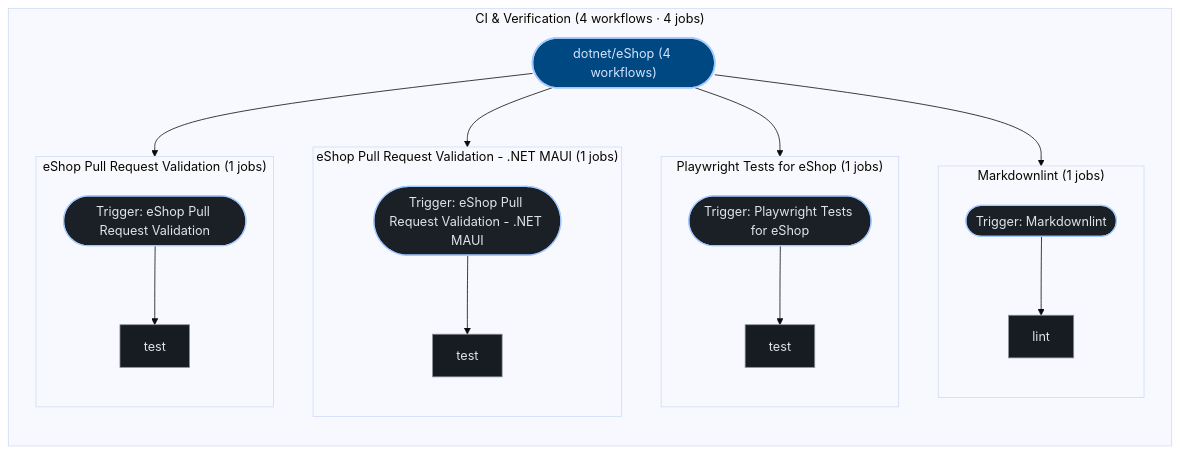
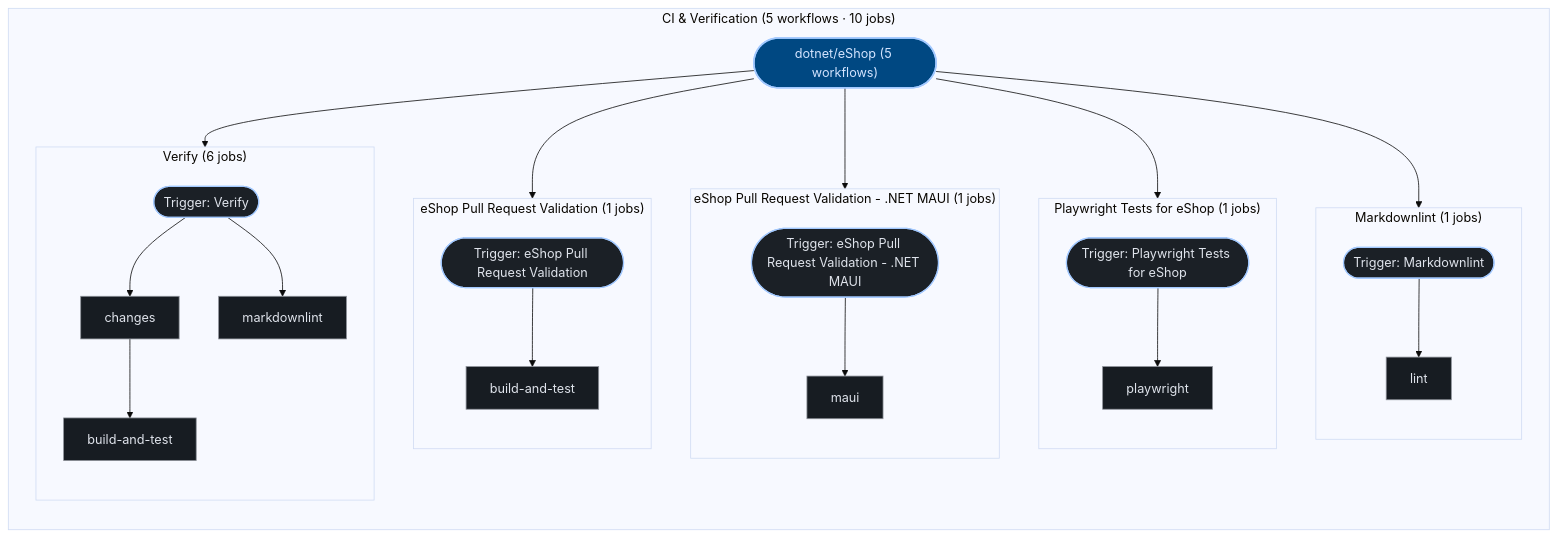
The third of 3 diagrams in exports/latest/reports/dotnet-eShop-report.md (kumarshaz/atruss-code-atlas), drawn with Mermaid (base theme) before and after one commit. The commit also changed other lines of this file and 51 other files, not shown here.

````diff
--- a/exports/latest/reports/dotnet-eShop-report.md
+++ b/exports/latest/reports/dotnet-eShop-report.md
@@ -268,43 +270,54 @@
 ```mermaid
 graph TD;
   %% title: CI/CD Pipeline Topology — dotnet/eShop
   classDef atlasRoot fill:#004882,stroke:#a3c9ff,stroke-width:2px,color:#d3e4ff
   classDef atlasCategory fill:#212428,stroke:#E87A48,stroke-width:1.5px,color:#dfe3eb
   classDef atlasWorkflow fill:#1b2026,stroke:#a3c9ff,stroke-width:1.5px,color:#dfe3eb
   classDef atlasJob fill:#171c22,stroke:#8d9199,stroke-width:1px,color:#dfe3eb
   classDef atlasTarget fill:#005227,stroke:#8bd99b,stroke-width:1.5px,color:#a7f6b6
   classDef atlasAlert fill:#93000a,stroke:#ffb4ab,stroke-width:1.5px,color:#ffdad6
   classDef atlasMore fill:#252a31,stroke:#8d9199,stroke-dasharray:4 4,color:#c3c6cf
-  pipeline_root(["dotnet/eShop (4 workflows)"]):::atlasRoot
-  subgraph sg_grp_0_CI___Verification["CI & Verification (4 workflows · 4 jobs)"]
+  pipeline_root(["dotnet/eShop (5 workflows)"]):::atlasRoot
+  subgraph sg_grp_0_CI___Verification["CI & Verification (5 workflows · 10 jobs)"]
     direction TB
     subgraph sg_wf_0_Markdownlint["Markdownlint (1 jobs)"]
       direction TB
       wf_0_Markdownlint(["Trigger: Markdownlint"]):::atlasWorkflow
       job_0_lint["lint"]:::atlasJob
       wf_0_Markdownlint --> job_0_lint
     end
     pipeline_root --> wf_0_Markdownlint
     subgraph sg_wf_1_Playwright_Tests_for_eShop["Playwright Tests for eShop (1 jobs)"]
       direction TB
       wf_1_Playwright_Tests_for_eShop(["Trigger: Playwright Tests for eShop"]):::atlasWorkflow
-      job_1_test["test"]:::atlasJob
-      wf_1_Playwright_Tests_for_eShop --> job_1_test
+      job_1_playwright["playwright"]:::atlasJob
+      wf_1_Playwright_Tests_for_eShop --> job_1_playwright
     end
     pipeline_root --> wf_1_Playwright_Tests_for_eShop
     subgraph sg_wf_2_eShop_Pull_Request_Validation____NET_MAUI["eShop Pull Request Validation - .NET MAUI (1 jobs)"]
       direction TB
       wf_2_eShop_Pull_Request_Validation____NET_MAUI(["Trigger: eShop Pull Request Validation - .NET MAUI"]):::atlasWorkflow
-      job_2_test["test"]:::atlasJob
-      wf_2_eShop_Pull_Request_Validation____NET_MAUI --> job_2_test
+      job_2_maui["maui"]:::atlasJob
+      wf_2_eShop_Pull_Request_Validation____NET_MAUI --> job_2_maui
     end
     pipeline_root --> wf_2_eShop_Pull_Request_Validation____NET_MAUI
     subgraph sg_wf_3_eShop_Pull_Request_Validation["eShop Pull Request Validation (1 jobs)"]
       direction TB
       wf_3_eShop_Pull_Request_Validation(["Trigger: eShop Pull Request Validation"]):::atlasWorkflow
-      job_3_test["test"]:::atlasJob
-      wf_3_eShop_Pull_Request_Validation --> job_3_test
+      job_3_build_and_test["build-and-test"]:::atlasJob
+      wf_3_eShop_Pull_Request_Validation --> job_3_build_and_test
     end
     pipeline_root --> wf_3_eShop_Pull_Request_Validation
+    subgraph sg_wf_4_Verify["Verify (6 jobs)"]
+      direction TB
+      wf_4_Verify(["Trigger: Verify"]):::atlasWorkflow
+      job_4_changes["changes"]:::atlasJob
+      job_4_markdownlint["markdownlint"]:::atlasJob
+      job_4_build_and_test["build-and-test"]:::atlasJob
+      wf_4_Verify --> job_4_changes
+      wf_4_Verify --> job_4_markdownlint
+      job_4_changes --> job_4_build_and_test
+    end
+    pipeline_root --> wf_4_Verify
   end
 ```
````
